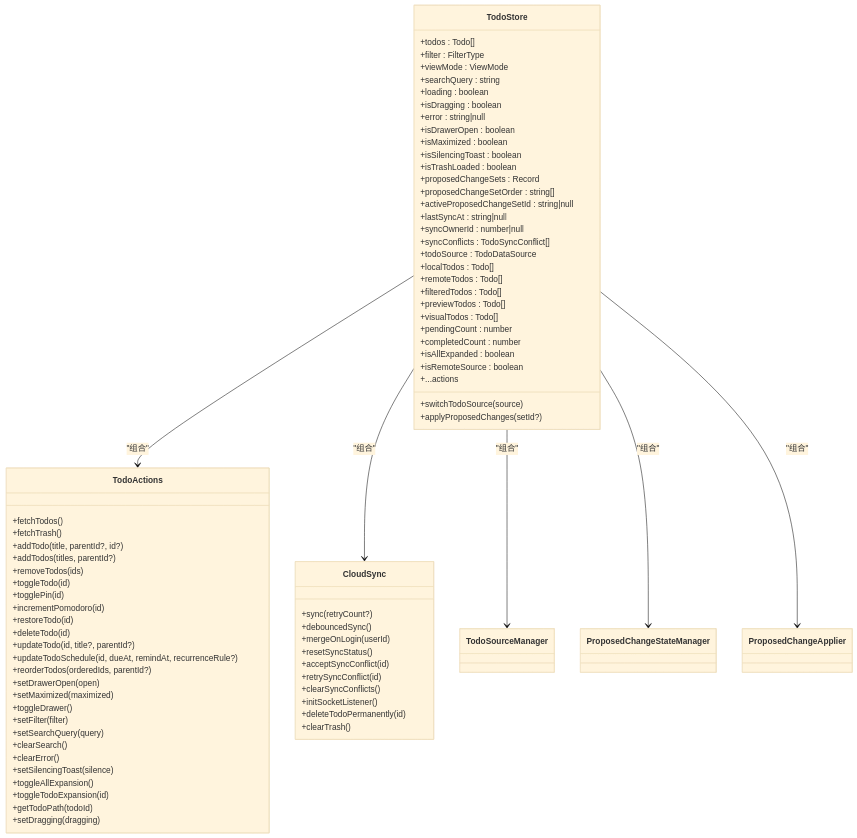
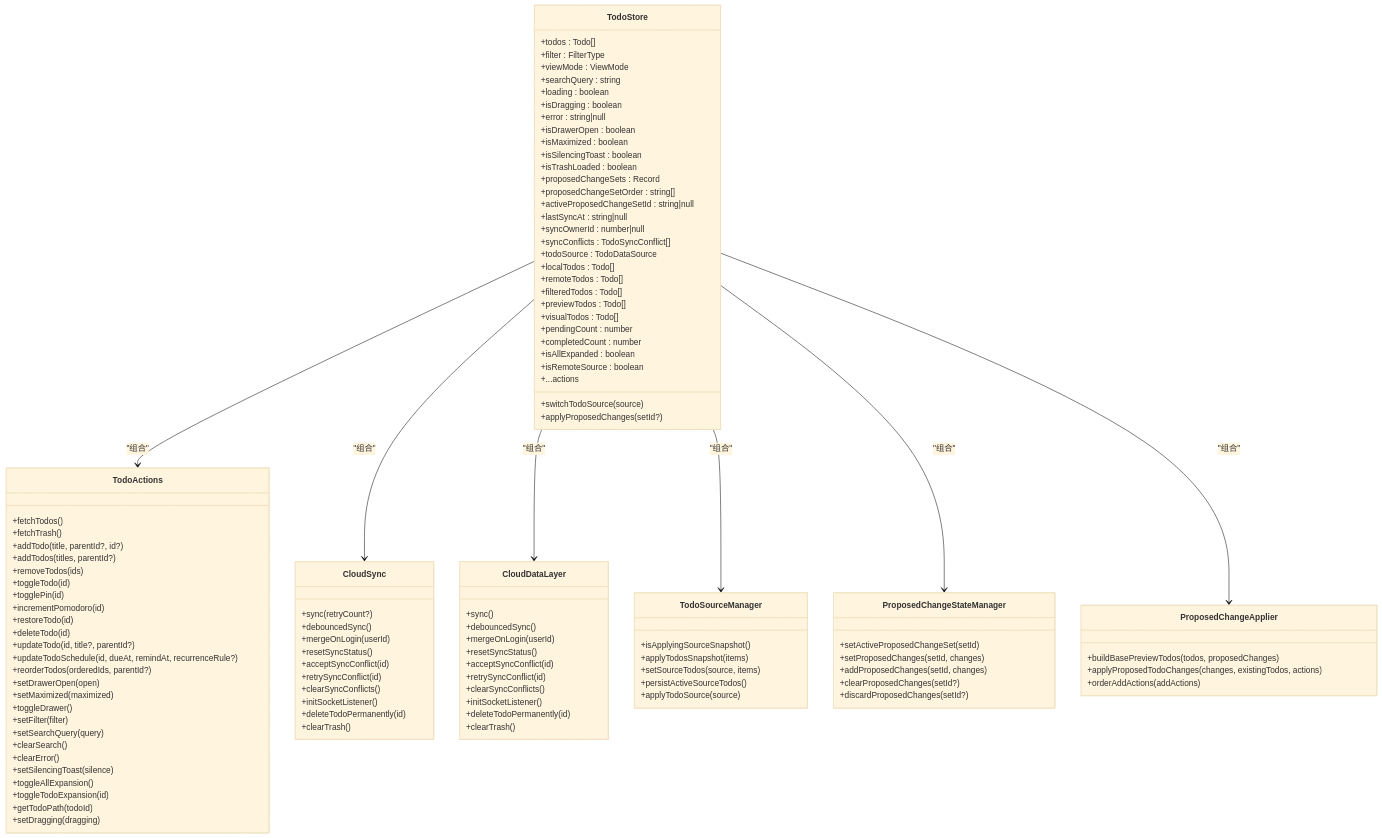
The second of 4 diagrams in .qoder/repowiki/zh/content/前端开发/状态管理/待办事项状态.md (xixixiaoyu/Todo), drawn with Mermaid (base theme) before and after one commit. The commit also changed other lines of this file and 3 other files, not shown here.

```diff
--- a/.qoder/repowiki/zh/content/前端开发/状态管理/待办事项状态.md
+++ b/.qoder/repowiki/zh/content/前端开发/状态管理/待办事项状态.md
@@ -231,8 +282,40 @@
 +deleteTodoPermanently(id)
 +clearTrash()
 }
+class CloudDataLayer {
++sync()
++debouncedSync()
++mergeOnLogin(userId)
++resetSyncStatus()
++acceptSyncConflict(id)
++retrySyncConflict(id)
++clearSyncConflicts()
++initSocketListener()
++deleteTodoPermanently(id)
++clearTrash()
+}
+class ProposedChangeStateManager {
++setActiveProposedChangeSet(setId)
++setProposedChanges(setId, changes)
++addProposedChanges(setId, changes)
++clearProposedChanges(setId?)
++discardProposedChanges(setId?)
+}
+class ProposedChangeApplier {
++buildBasePreviewTodos(todos, proposedChanges)
++applyProposedTodoChanges(changes, existingTodos, actions)
++orderAddActions(addActions)
+}
+class TodoSourceManager {
++isApplyingSourceSnapshot()
++applyTodosSnapshot(items)
++setSourceTodos(source, items)
++persistActiveSourceTodos()
++applyTodoSource(source)
+}
 TodoStore --> TodoActions : "组合"
 TodoStore --> CloudSync : "组合"
+TodoStore --> CloudDataLayer : "组合"
 TodoStore --> TodoSourceManager : "组合"
 TodoStore --> ProposedChangeStateManager : "组合"
 TodoStore --> ProposedChangeApplier : "组合"
```
